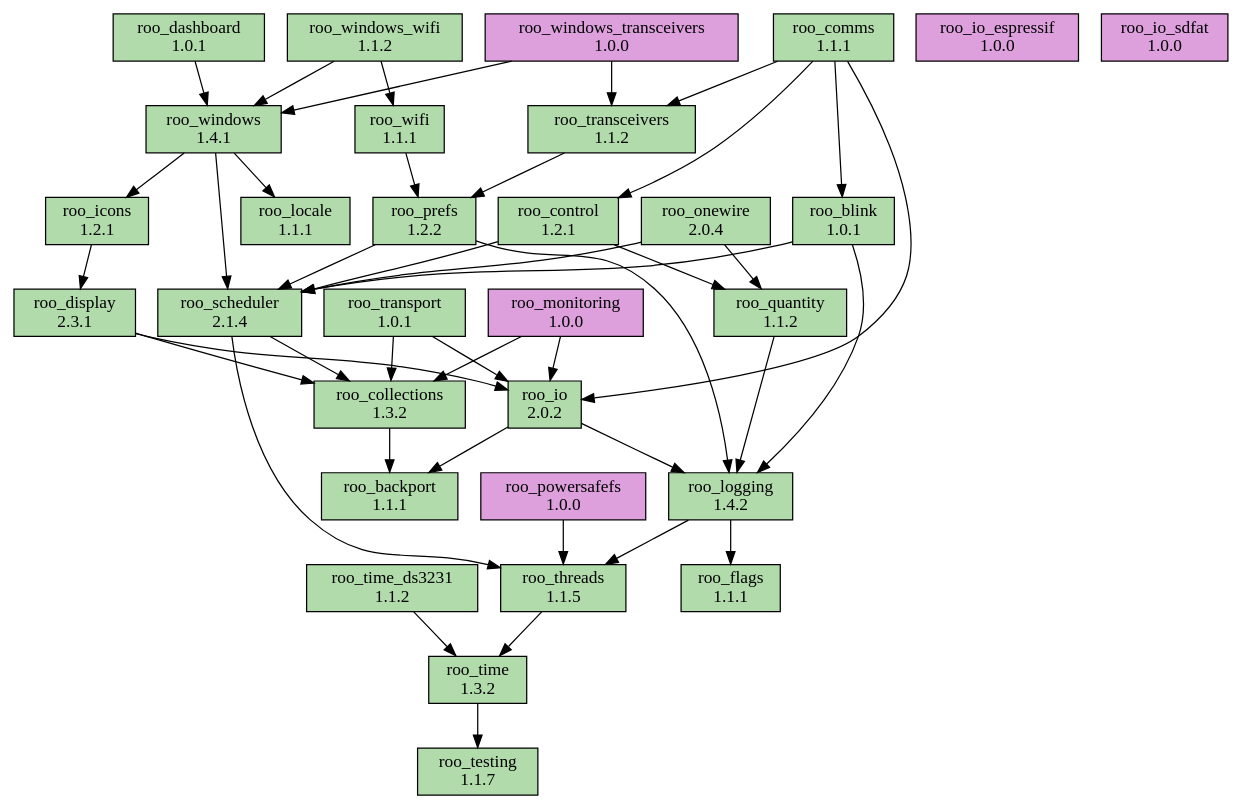
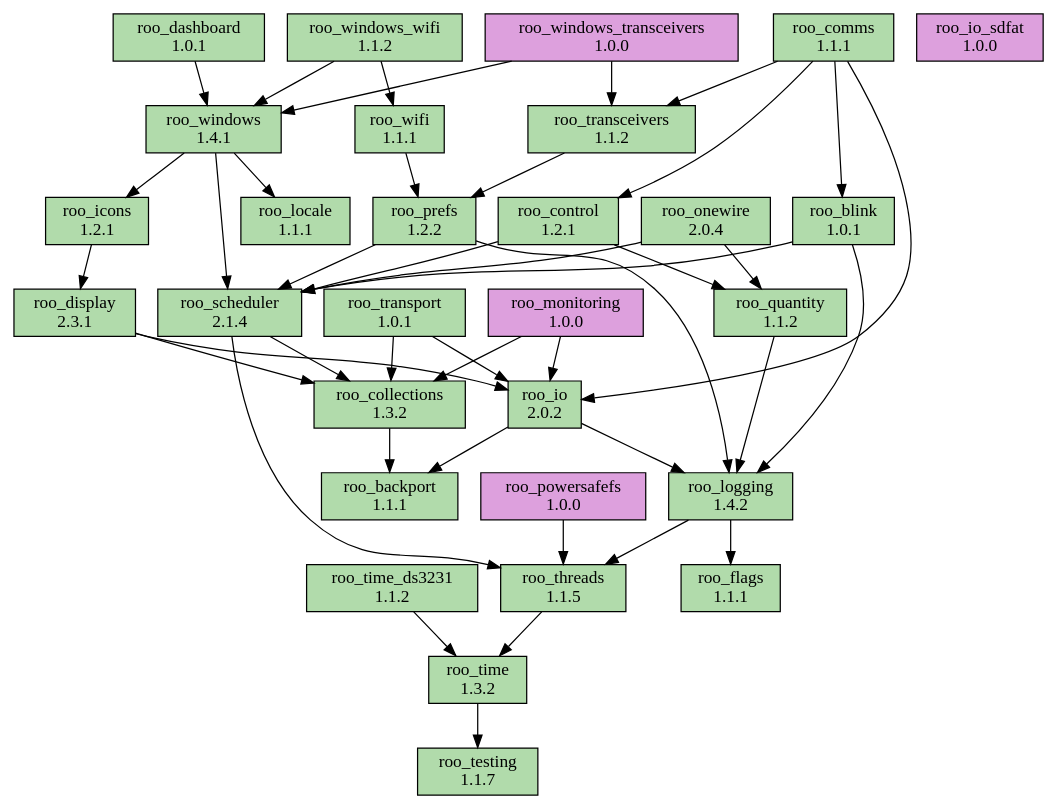
The diagram in doc/dependencies.dot (dejwk/roo-registry), drawn with Graphviz before and after one commit. The commit also changed 1 other file, not shown here.

```diff
--- a/doc/dependencies.dot
+++ b/doc/dependencies.dot
@@ -1,80 +1,79 @@
 digraph dependencies {
     rankdir=TB;
     node [shape=box, style=filled];
     edge [fontsize=10];
 
     // Modules
     "roo_backport" [label="roo_backport\n1.1.1", fillcolor="#b1dbab"];
     "roo_blink" [label="roo_blink\n1.0.1", fillcolor="#b1dbab"];
     "roo_collections" [label="roo_collections\n1.3.2", fillcolor="#b1dbab"];
     "roo_comms" [label="roo_comms\n1.1.1", fillcolor="#b1dbab"];
     "roo_control" [label="roo_control\n1.2.1", fillcolor="#b1dbab"];
     "roo_dashboard" [label="roo_dashboard\n1.0.1", fillcolor="#b1dbab"];
     "roo_display" [label="roo_display\n2.3.1", fillcolor="#b1dbab"];
     "roo_flags" [label="roo_flags\n1.1.1", fillcolor="#b1dbab"];
     "roo_icons" [label="roo_icons\n1.2.1", fillcolor="#b1dbab"];
     "roo_io" [label="roo_io\n2.0.2", fillcolor="#b1dbab"];
-    "roo_io_espressif" [label="roo_io_espressif\n1.0.0", fillcolor="plum"];
     "roo_io_sdfat" [label="roo_io_sdfat\n1.0.0", fillcolor="plum"];
     "roo_locale" [label="roo_locale\n1.1.1", fillcolor="#b1dbab"];
     "roo_logging" [label="roo_logging\n1.4.2", fillcolor="#b1dbab"];
     "roo_monitoring" [label="roo_monitoring\n1.0.0", fillcolor="plum"];
     "roo_onewire" [label="roo_onewire\n2.0.4", fillcolor="#b1dbab"];
     "roo_powersafefs" [label="roo_powersafefs\n1.0.0", fillcolor="plum"];
     "roo_prefs" [label="roo_prefs\n1.2.2", fillcolor="#b1dbab"];
     "roo_quantity" [label="roo_quantity\n1.1.2", fillcolor="#b1dbab"];
     "roo_scheduler" [label="roo_scheduler\n2.1.4", fillcolor="#b1dbab"];
     "roo_testing" [label="roo_testing\n1.1.7", fillcolor="#b1dbab"];
     "roo_threads" [label="roo_threads\n1.1.5", fillcolor="#b1dbab"];
     "roo_time" [label="roo_time\n1.3.2", fillcolor="#b1dbab"];
     "roo_time_ds3231" [label="roo_time_ds3231\n1.1.2", fillcolor="#b1dbab"];
     "roo_transceivers" [label="roo_transceivers\n1.1.2", fillcolor="#b1dbab"];
     "roo_transport" [label="roo_transport\n1.0.1", fillcolor="#b1dbab"];
     "roo_wifi" [label="roo_wifi\n1.1.1", fillcolor="#b1dbab"];
     "roo_windows" [label="roo_windows\n1.4.1", fillcolor="#b1dbab"];
     "roo_windows_transceivers" [label="roo_windows_transceivers\n1.0.0", fillcolor="plum"];
     "roo_windows_wifi" [label="roo_windows_wifi\n1.1.2", fillcolor="#b1dbab"];
 
     // Dependencies
     "roo_blink" -> "roo_logging";
     "roo_blink" -> "roo_scheduler";
     "roo_collections" -> "roo_backport";
     "roo_comms" -> "roo_blink";
     "roo_comms" -> "roo_control";
     "roo_comms" -> "roo_io";
     "roo_comms" -> "roo_transceivers";
     "roo_control" -> "roo_quantity";
     "roo_control" -> "roo_scheduler";
     "roo_dashboard" -> "roo_windows";
     "roo_display" -> "roo_collections";
     "roo_display" -> "roo_io";
     "roo_icons" -> "roo_display";
     "roo_io" -> "roo_backport";
     "roo_io" -> "roo_logging";
     "roo_logging" -> "roo_flags";
     "roo_logging" -> "roo_threads";
     "roo_monitoring" -> "roo_collections";
     "roo_monitoring" -> "roo_io";
     "roo_onewire" -> "roo_scheduler";
     "roo_onewire" -> "roo_quantity";
     "roo_powersafefs" -> "roo_threads";
     "roo_prefs" -> "roo_logging";
     "roo_prefs" -> "roo_scheduler";
     "roo_quantity" -> "roo_logging";
     "roo_scheduler" -> "roo_collections";
     "roo_scheduler" -> "roo_threads";
     "roo_threads" -> "roo_time";
     "roo_time" -> "roo_testing";
     "roo_time_ds3231" -> "roo_time";
     "roo_transceivers" -> "roo_prefs";
     "roo_transport" -> "roo_collections";
     "roo_transport" -> "roo_io";
     "roo_wifi" -> "roo_prefs";
     "roo_windows" -> "roo_locale";
     "roo_windows" -> "roo_icons";
     "roo_windows" -> "roo_scheduler";
     "roo_windows_transceivers" -> "roo_transceivers";
     "roo_windows_transceivers" -> "roo_windows";
     "roo_windows_wifi" -> "roo_wifi";
     "roo_windows_wifi" -> "roo_windows";
 }
```
